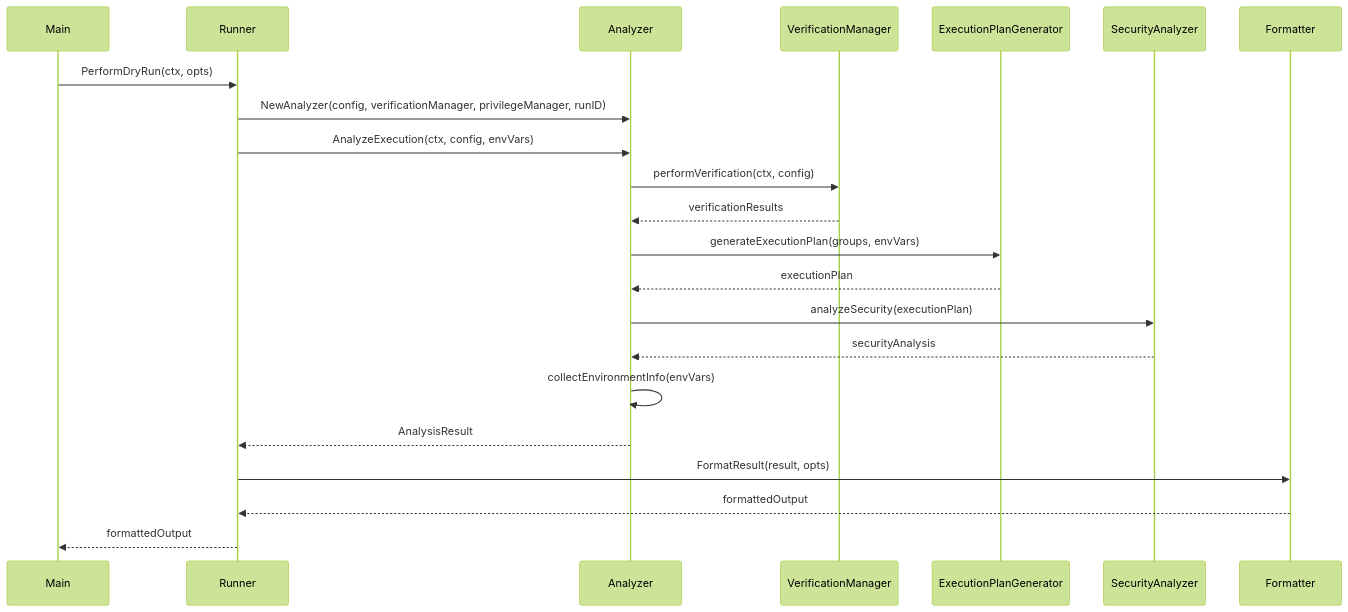
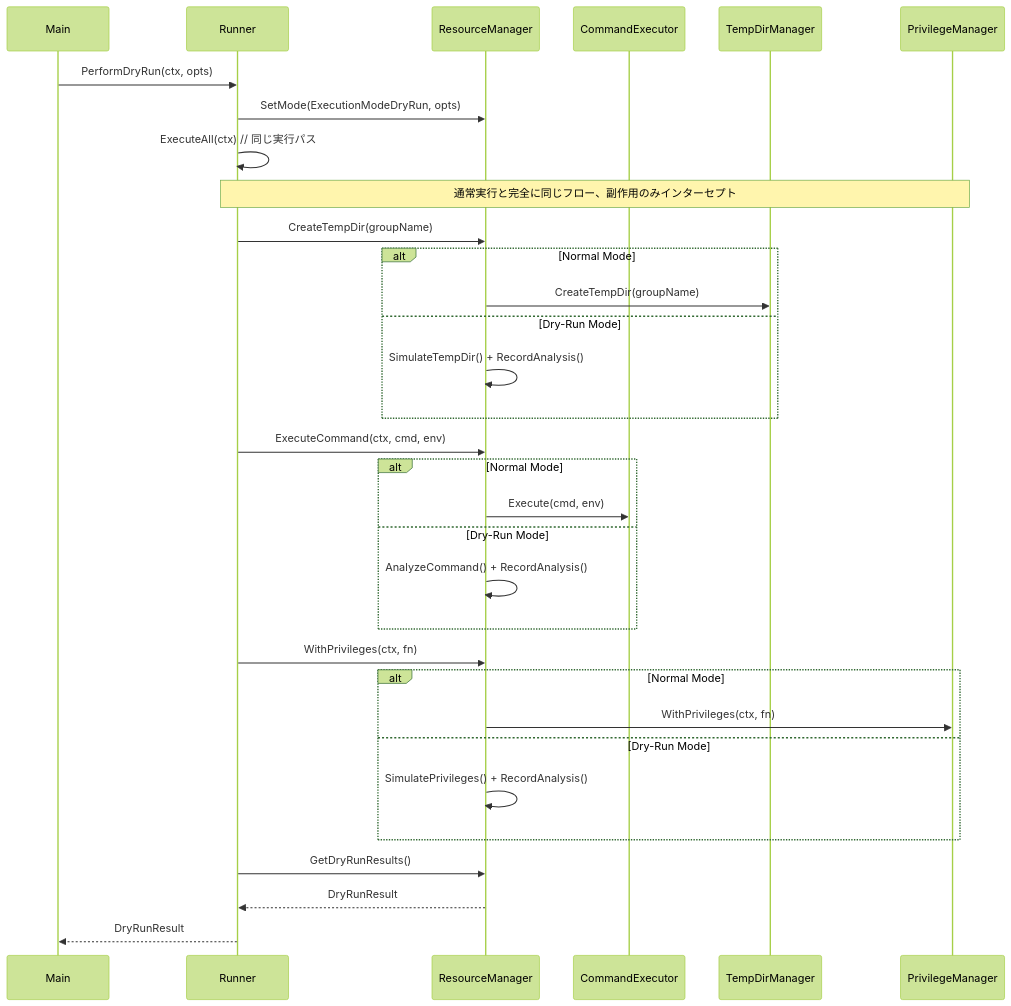
One commit to isseis/go-safe-cmd-runner changed the second of 2 diagrams in docs/tasks/0017_realistic_dry_run/03_specification.md. Above: the diagram before and after it, drawn with Mermaid (forest theme). The commit also changed other lines of this file and 2 other files, not shown here.

First line of the commit message:
Refactor: Transition to Resource Manager Pattern for Dry-Run

````diff
--- a/docs/tasks/0017_realistic_dry_run/03_specification.md
+++ b/docs/tasks/0017_realistic_dry_run/03_specification.md
@@ -292,30 +247,40 @@
 ```mermaid
 sequenceDiagram
     participant M as Main
     participant R as Runner
-    participant A as Analyzer
-    participant V as VerificationManager
-    participant EPG as ExecutionPlanGenerator
-    participant SA as SecurityAnalyzer
-    participant F as Formatter
+    participant RM as ResourceManager
+    participant CE as CommandExecutor
+    participant TDM as TempDirManager
+    participant PM as PrivilegeManager
 
     M->>R: PerformDryRun(ctx, opts)
-    R->>A: NewAnalyzer(config, verificationManager, privilegeManager, runID)
-    R->>A: AnalyzeExecution(ctx, config, envVars)
+    R->>RM: SetMode(ExecutionModeDryRun, opts)
+    R->>R: ExecuteAll(ctx) // 同じ実行パス
 
-    A->>V: performVerification(ctx, config)
-    V-->>A: verificationResults
+    Note over R,PM: 通常実行と完全に同じフロー、副作用のみインターセプト
 
-    A->>EPG: generateExecutionPlan(groups, envVars)
-    EPG-->>A: executionPlan
+    R->>RM: CreateTempDir(groupName)
+    alt Normal Mode
+        RM->>TDM: CreateTempDir(groupName)
+    else Dry-Run Mode
+        RM->>RM: SimulateTempDir() + RecordAnalysis()
+    end
 
-    A->>SA: analyzeSecurity(executionPlan)
-    SA-->>A: securityAnalysis
+    R->>RM: ExecuteCommand(ctx, cmd, env)
+    alt Normal Mode
+        RM->>CE: Execute(cmd, env)
+    else Dry-Run Mode
+        RM->>RM: AnalyzeCommand() + RecordAnalysis()
+    end
 
-    A->>A: collectEnvironmentInfo(envVars)
-    A-->>R: AnalysisResult
+    R->>RM: WithPrivileges(ctx, fn)
+    alt Normal Mode
+        RM->>PM: WithPrivileges(ctx, fn)
+    else Dry-Run Mode
+        RM->>RM: SimulatePrivileges() + RecordAnalysis()
+    end
 
-    R->>F: FormatResult(result, opts)
-    F-->>R: formattedOutput
-    R-->>M: formattedOutput
+    R->>RM: GetDryRunResults()
+    RM-->>R: DryRunResult
+    R-->>M: DryRunResult
 ```
````
